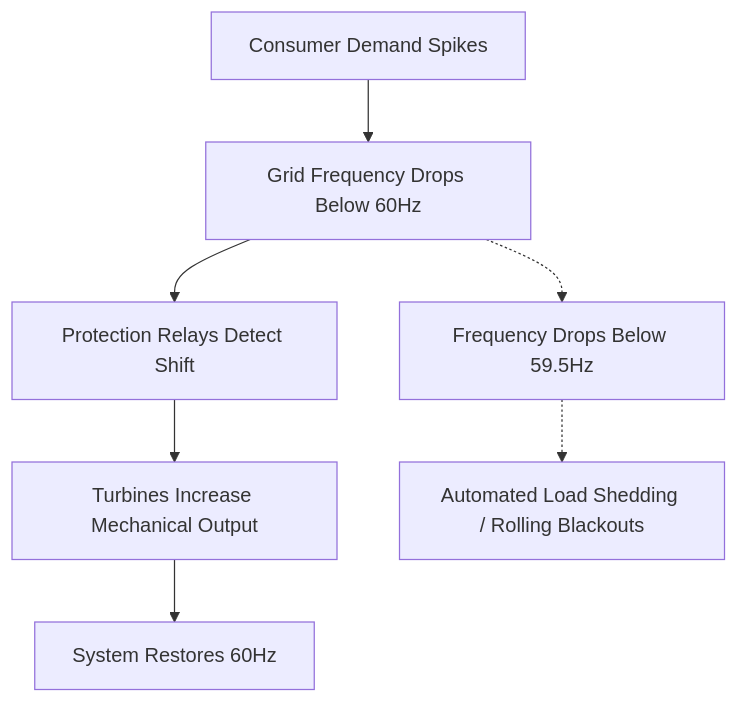
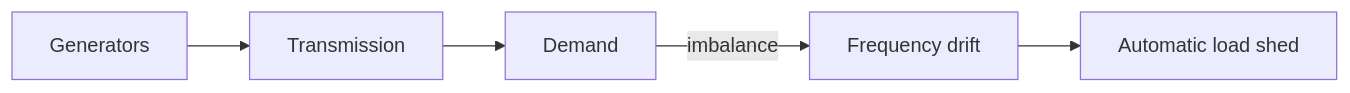
Before and after one commit to 07AMIT10/chaitra: the diagram in drishti/studies/POWER_GRIDS/README.md, drawn with Mermaid. The commit also changed other lines of this file and 47 other files, not shown here.

````diff
--- a/drishti/studies/POWER_GRIDS/README.md
+++ b/drishti/studies/POWER_GRIDS/README.md
@@ -17,9 +13,7 @@
 ```mermaid
-flowchart TD
-  Demand[Consumer Demand Spikes] --> Frequency[Grid Frequency Drops Below 60Hz]
-  Frequency --> Sensors[Protection Relays Detect Shift]
-  Sensors --> Generation[Turbines Increase Mechanical Output]
-  Generation --> Stability[System Restores 60Hz]
-  Frequency -.-> Failure[Frequency Drops Below 59.5Hz]
-  Failure -.-> LoadShed[Automated Load Shedding / Rolling Blackouts]
+flowchart LR
+  Gen[Generators] --> Tx[Transmission]
+  Tx --> Load[Demand]
+  Load -->|imbalance| Freq[Frequency drift]
+  Freq --> Trip[Automatic load shed]
 ```
````
